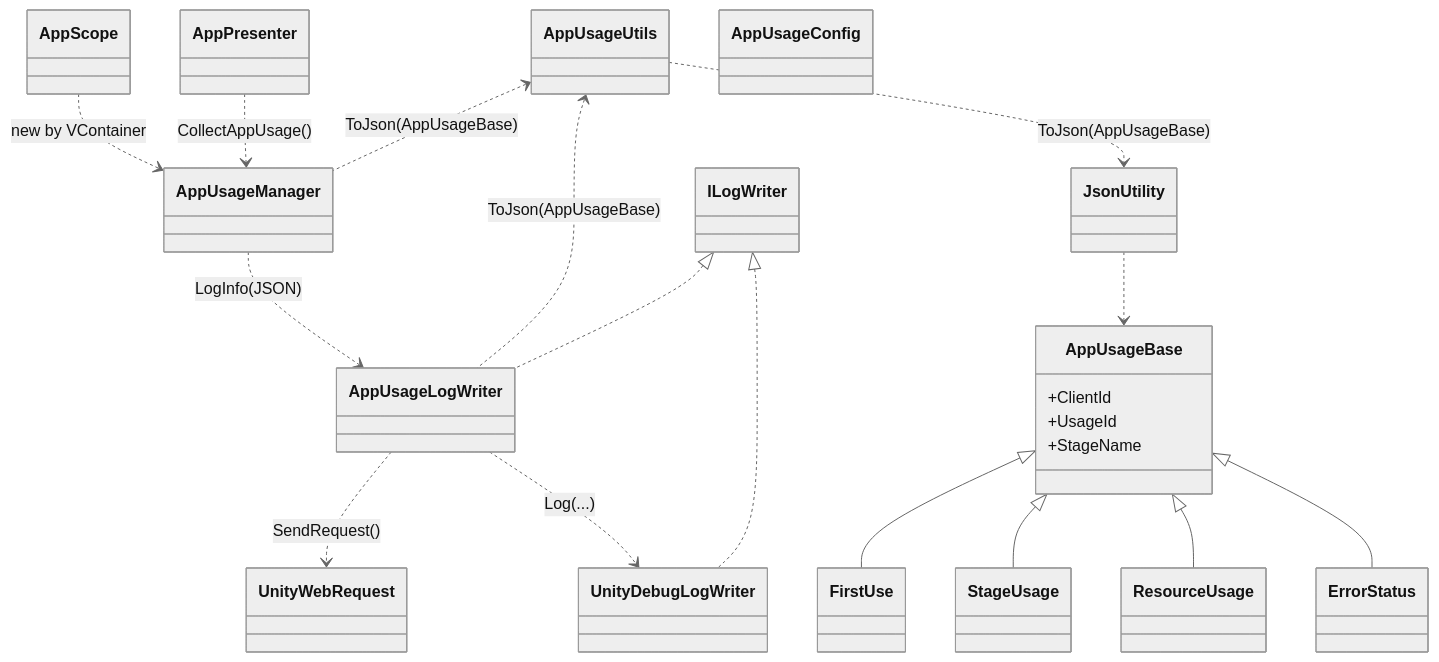
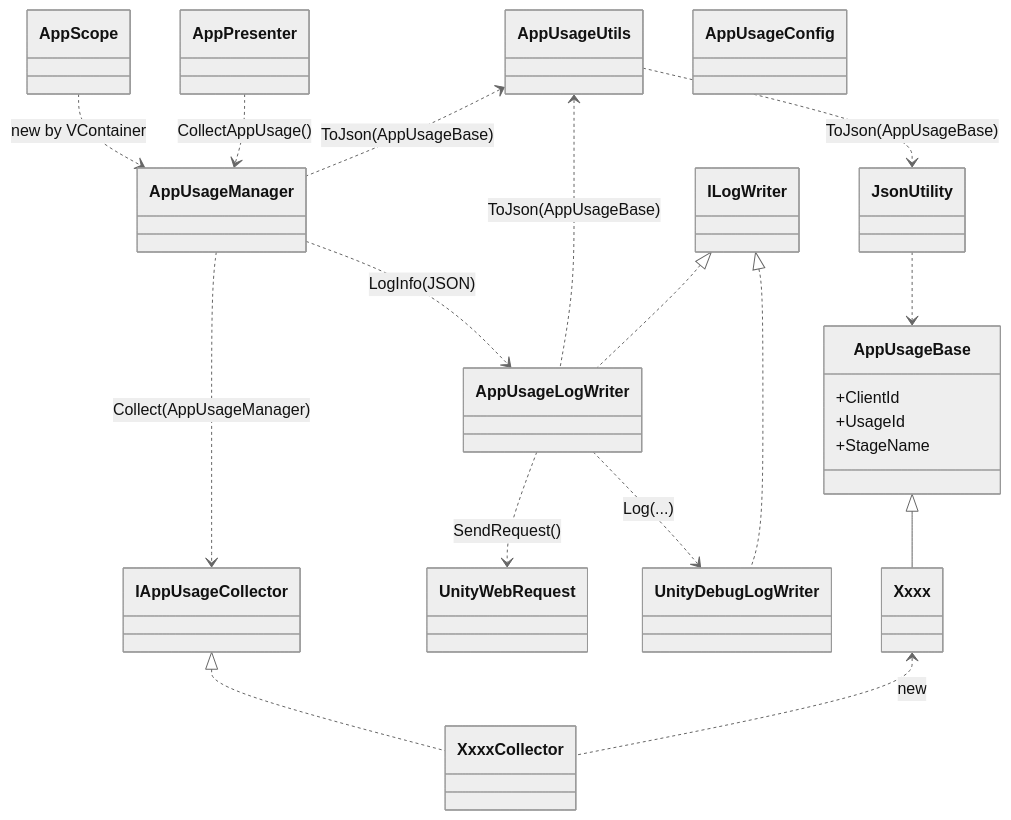
One commit to extreal-dev/Extreal.Guide changed the second of 2 diagrams in docs/sample-app/dev-guide.md. Above: the diagram before and after it, drawn with Mermaid (neutral theme). The commit also changed other lines of this file and 1 other file, not shown here.

Commit message:
Refactoring AppUsage

````diff
--- a/docs/sample-app/dev-guide.md
+++ b/docs/sample-app/dev-guide.md
@@ -618,28 +618,28 @@
 ```mermaid
 classDiagram
 
     AppScope ..> AppUsageManager: new by VContainer
     AppPresenter ..> AppUsageManager: CollectAppUsage()
+    AppUsageManager ..> IAppUsageCollector: Collect(AppUsageManager)
+    IAppUsageCollector <|.. XxxxCollector
     AppUsageManager ..> AppUsageLogWriter: LogInfo(JSON)
     AppUsageUtils <.. AppUsageManager: ToJson(AppUsageBase)
     AppUsageUtils <.. AppUsageLogWriter: ToJson(AppUsageBase)
     AppUsageUtils ..> JsonUtility: ToJson(AppUsageBase)
     JsonUtility ..> AppUsageBase
     ILogWriter <|.. AppUsageLogWriter
     ILogWriter <|.. UnityDebugLogWriter
     AppUsageLogWriter ..> UnityWebRequest: SendRequest()
     AppUsageLogWriter ..> UnityDebugLogWriter: Log(...)
-    AppUsageBase <|-- FirstUse
-    AppUsageBase <|-- StageUsage
-    AppUsageBase <|-- ResourceUsage
-    AppUsageBase <|-- ErrorStatus
+    AppUsageBase <|-- Xxxx
+    Xxxx <.. XxxxCollector: new
 
     class AppUsageBase {
         +ClientId
         +UsageId
         +StageName
     }
     
     class AppUsageConfig {
     }
 ```
````
